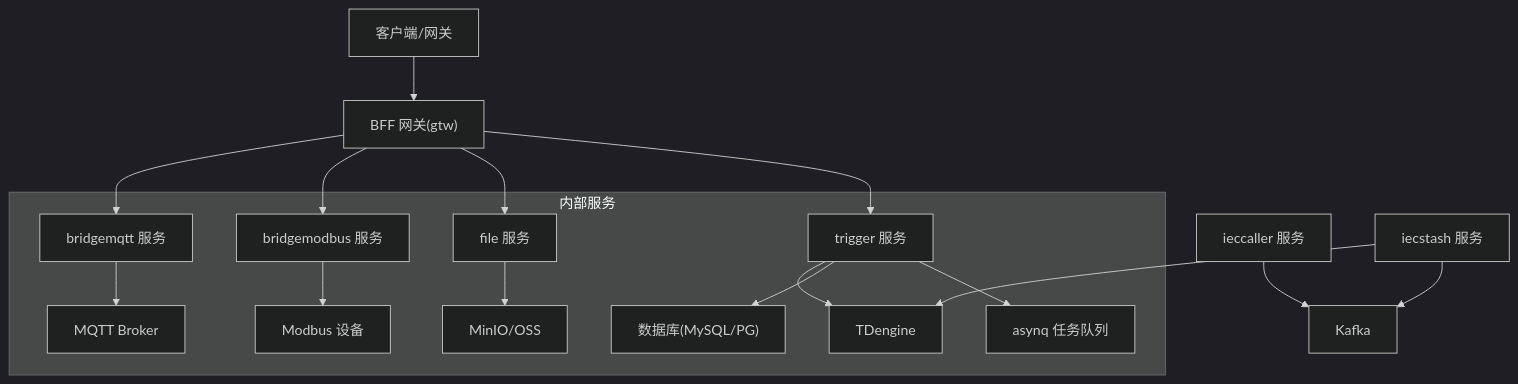
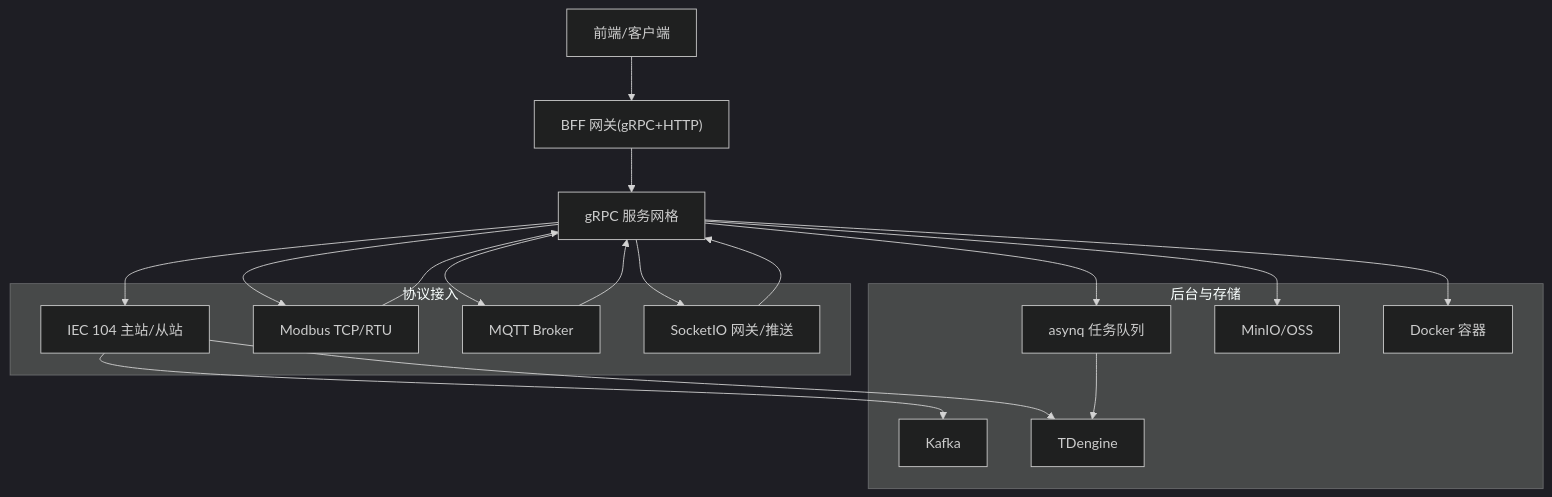
One commit to maomao94/zero-service changed the second of 6 diagrams in .qoder/repowiki/zh/content/开发指南/开发指南.md. Above: the diagram before and after it, drawn with Mermaid (dark theme). The commit also changed other lines of this file and 362 other files, not shown here.

````diff
--- a/.qoder/repowiki/zh/content/开发指南/开发指南.md
+++ b/.qoder/repowiki/zh/content/开发指南/开发指南.md
@@ -126,19 +114,31 @@
 ```mermaid
 graph TB
-CLIENT["客户端/网关"] --> GW["BFF 网关(gtw)"]
-GW --> TRIGGER["trigger 服务"]
-GW --> FILE["file 服务"]
-GW --> BRIDGEMODBUS["bridgemodbus 服务"]
-GW --> BRIDGEMQTT["bridgemqtt 服务"]
-subgraph "内部服务"
-TRIGGER --> ASYNQ["asynq 任务队列"]
-TRIGGER --> DB["数据库(MySQL/PG)"]
-TRIGGER --> TD["TDengine"]
-FILE --> OSS["MinIO/OSS"]
-BRIDGEMODBUS --> MODBUS["Modbus 设备"]
-BRIDGEMQTT --> MQTT["MQTT Broker"]
+FE["前端/客户端"] --> GTW["BFF 网关(gRPC+HTTP)"]
+GTW --> SVC["gRPC 服务网格"]
+subgraph "协议接入"
+IEC["IEC 104 主站/从站"]
+MODBUS["Modbus TCP/RTU"]
+MQTT["MQTT Broker"]
+SOCKET["SocketIO 网关/推送"]
 end
-IECCALLER["ieccaller 服务"] --> KAFKA["Kafka"]
-IECSTASH["iecstash 服务"] --> KAFKA
-IECSTASH --> TD
+SVC --> IEC
+SVC --> MODBUS
+SVC --> MQTT
+SVC --> SOCKET
+subgraph "后台与存储"
+ASYNQ["asynq 任务队列"]
+KAFKA["Kafka"]
+TD["TDengine"]
+OSS["MinIO/OSS"]
+DOCKER["Docker 容器"]
+end
+IEC --> KAFKA
+IEC --> TD
+MODBUS --> SVC
+MQTT --> SVC
+SOCKET --> SVC
+SVC --> ASYNQ
+ASYNQ --> TD
+SVC --> OSS
+SVC --> DOCKER
 ```
````
